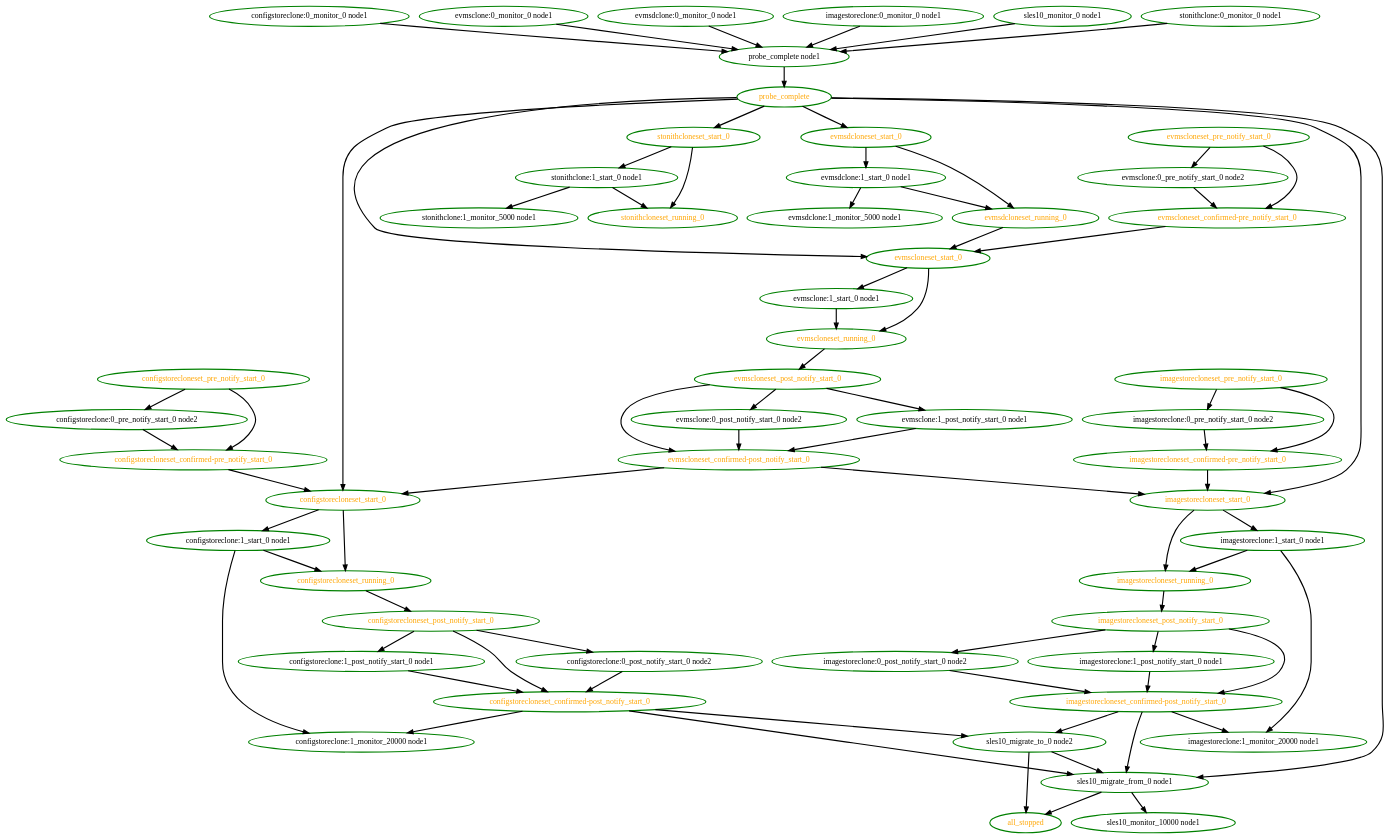
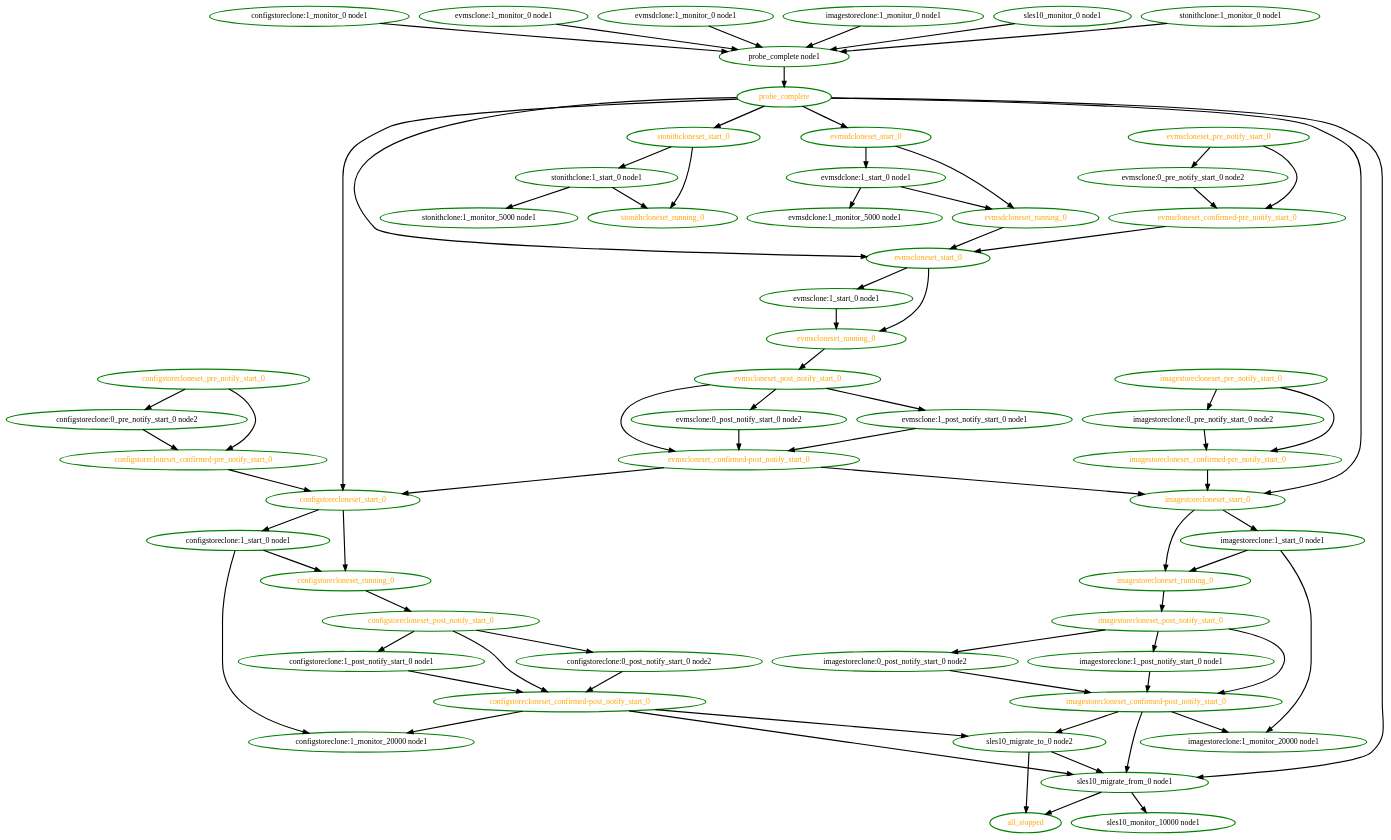
The diagram in pengine/testcases/novell-252693-2.dot (linux-ha-japan/pm_diskd), drawn with Graphviz before and after one commit. The commit also changed 183 other files, not shown here.

```diff
--- a/pengine/testcases/novell-252693-2.dot
+++ b/pengine/testcases/novell-252693-2.dot
@@ -1,129 +1,129 @@
  digraph "g" {
 "all_stopped" [ style=bold color="green" fontcolor="orange"  ]
-"configstoreclone:0_monitor_0 node1" -> "probe_complete node1" [ style = bold]
-"configstoreclone:0_monitor_0 node1" [ style=bold color="green" fontcolor="black"  ]
 "configstoreclone:0_post_notify_start_0 node2" -> "configstorecloneset_confirmed-post_notify_start_0" [ style = bold]
 "configstoreclone:0_post_notify_start_0 node2" [ style=bold color="green" fontcolor="black"  ]
 "configstoreclone:0_pre_notify_start_0 node2" -> "configstorecloneset_confirmed-pre_notify_start_0" [ style = bold]
 "configstoreclone:0_pre_notify_start_0 node2" [ style=bold color="green" fontcolor="black"  ]
+"configstoreclone:1_monitor_0 node1" -> "probe_complete node1" [ style = bold]
+"configstoreclone:1_monitor_0 node1" [ style=bold color="green" fontcolor="black"  ]
 "configstoreclone:1_monitor_20000 node1" [ style=bold color="green" fontcolor="black"  ]
 "configstoreclone:1_post_notify_start_0 node1" -> "configstorecloneset_confirmed-post_notify_start_0" [ style = bold]
 "configstoreclone:1_post_notify_start_0 node1" [ style=bold color="green" fontcolor="black"  ]
 "configstoreclone:1_start_0 node1" -> "configstoreclone:1_monitor_20000 node1" [ style = bold]
 "configstoreclone:1_start_0 node1" -> "configstorecloneset_running_0" [ style = bold]
 "configstoreclone:1_start_0 node1" [ style=bold color="green" fontcolor="black"  ]
 "configstorecloneset_confirmed-post_notify_start_0" -> "configstoreclone:1_monitor_20000 node1" [ style = bold]
 "configstorecloneset_confirmed-post_notify_start_0" -> "sles10_migrate_from_0 node1" [ style = bold]
 "configstorecloneset_confirmed-post_notify_start_0" -> "sles10_migrate_to_0 node2" [ style = bold]
 "configstorecloneset_confirmed-post_notify_start_0" [ style=bold color="green" fontcolor="orange"  ]
 "configstorecloneset_confirmed-pre_notify_start_0" -> "configstorecloneset_start_0" [ style = bold]
 "configstorecloneset_confirmed-pre_notify_start_0" [ style=bold color="green" fontcolor="orange"  ]
 "configstorecloneset_post_notify_start_0" -> "configstoreclone:0_post_notify_start_0 node2" [ style = bold]
 "configstorecloneset_post_notify_start_0" -> "configstoreclone:1_post_notify_start_0 node1" [ style = bold]
 "configstorecloneset_post_notify_start_0" -> "configstorecloneset_confirmed-post_notify_start_0" [ style = bold]
 "configstorecloneset_post_notify_start_0" [ style=bold color="green" fontcolor="orange"  ]
 "configstorecloneset_pre_notify_start_0" -> "configstoreclone:0_pre_notify_start_0 node2" [ style = bold]
 "configstorecloneset_pre_notify_start_0" -> "configstorecloneset_confirmed-pre_notify_start_0" [ style = bold]
 "configstorecloneset_pre_notify_start_0" [ style=bold color="green" fontcolor="orange"  ]
 "configstorecloneset_running_0" -> "configstorecloneset_post_notify_start_0" [ style = bold]
 "configstorecloneset_running_0" [ style=bold color="green" fontcolor="orange"  ]
 "configstorecloneset_start_0" -> "configstoreclone:1_start_0 node1" [ style = bold]
 "configstorecloneset_start_0" -> "configstorecloneset_running_0" [ style = bold]
 "configstorecloneset_start_0" [ style=bold color="green" fontcolor="orange"  ]
-"evmsclone:0_monitor_0 node1" -> "probe_complete node1" [ style = bold]
-"evmsclone:0_monitor_0 node1" [ style=bold color="green" fontcolor="black"  ]
 "evmsclone:0_post_notify_start_0 node2" -> "evmscloneset_confirmed-post_notify_start_0" [ style = bold]
 "evmsclone:0_post_notify_start_0 node2" [ style=bold color="green" fontcolor="black"  ]
 "evmsclone:0_pre_notify_start_0 node2" -> "evmscloneset_confirmed-pre_notify_start_0" [ style = bold]
 "evmsclone:0_pre_notify_start_0 node2" [ style=bold color="green" fontcolor="black"  ]
+"evmsclone:1_monitor_0 node1" -> "probe_complete node1" [ style = bold]
+"evmsclone:1_monitor_0 node1" [ style=bold color="green" fontcolor="black"  ]
 "evmsclone:1_post_notify_start_0 node1" -> "evmscloneset_confirmed-post_notify_start_0" [ style = bold]
 "evmsclone:1_post_notify_start_0 node1" [ style=bold color="green" fontcolor="black"  ]
 "evmsclone:1_start_0 node1" -> "evmscloneset_running_0" [ style = bold]
 "evmsclone:1_start_0 node1" [ style=bold color="green" fontcolor="black"  ]
 "evmscloneset_confirmed-post_notify_start_0" -> "configstorecloneset_start_0" [ style = bold]
 "evmscloneset_confirmed-post_notify_start_0" -> "imagestorecloneset_start_0" [ style = bold]
 "evmscloneset_confirmed-post_notify_start_0" [ style=bold color="green" fontcolor="orange"  ]
 "evmscloneset_confirmed-pre_notify_start_0" -> "evmscloneset_start_0" [ style = bold]
 "evmscloneset_confirmed-pre_notify_start_0" [ style=bold color="green" fontcolor="orange"  ]
 "evmscloneset_post_notify_start_0" -> "evmsclone:0_post_notify_start_0 node2" [ style = bold]
 "evmscloneset_post_notify_start_0" -> "evmsclone:1_post_notify_start_0 node1" [ style = bold]
 "evmscloneset_post_notify_start_0" -> "evmscloneset_confirmed-post_notify_start_0" [ style = bold]
 "evmscloneset_post_notify_start_0" [ style=bold color="green" fontcolor="orange"  ]
 "evmscloneset_pre_notify_start_0" -> "evmsclone:0_pre_notify_start_0 node2" [ style = bold]
 "evmscloneset_pre_notify_start_0" -> "evmscloneset_confirmed-pre_notify_start_0" [ style = bold]
 "evmscloneset_pre_notify_start_0" [ style=bold color="green" fontcolor="orange"  ]
 "evmscloneset_running_0" -> "evmscloneset_post_notify_start_0" [ style = bold]
 "evmscloneset_running_0" [ style=bold color="green" fontcolor="orange"  ]
 "evmscloneset_start_0" -> "evmsclone:1_start_0 node1" [ style = bold]
 "evmscloneset_start_0" -> "evmscloneset_running_0" [ style = bold]
 "evmscloneset_start_0" [ style=bold color="green" fontcolor="orange"  ]
-"evmsdclone:0_monitor_0 node1" -> "probe_complete node1" [ style = bold]
-"evmsdclone:0_monitor_0 node1" [ style=bold color="green" fontcolor="black"  ]
+"evmsdclone:1_monitor_0 node1" -> "probe_complete node1" [ style = bold]
+"evmsdclone:1_monitor_0 node1" [ style=bold color="green" fontcolor="black"  ]
 "evmsdclone:1_monitor_5000 node1" [ style=bold color="green" fontcolor="black"  ]
 "evmsdclone:1_start_0 node1" -> "evmsdclone:1_monitor_5000 node1" [ style = bold]
 "evmsdclone:1_start_0 node1" -> "evmsdcloneset_running_0" [ style = bold]
 "evmsdclone:1_start_0 node1" [ style=bold color="green" fontcolor="black"  ]
 "evmsdcloneset_running_0" -> "evmscloneset_start_0" [ style = bold]
 "evmsdcloneset_running_0" [ style=bold color="green" fontcolor="orange"  ]
 "evmsdcloneset_start_0" -> "evmsdclone:1_start_0 node1" [ style = bold]
 "evmsdcloneset_start_0" -> "evmsdcloneset_running_0" [ style = bold]
 "evmsdcloneset_start_0" [ style=bold color="green" fontcolor="orange"  ]
-"imagestoreclone:0_monitor_0 node1" -> "probe_complete node1" [ style = bold]
-"imagestoreclone:0_monitor_0 node1" [ style=bold color="green" fontcolor="black"  ]
 "imagestoreclone:0_post_notify_start_0 node2" -> "imagestorecloneset_confirmed-post_notify_start_0" [ style = bold]
 "imagestoreclone:0_post_notify_start_0 node2" [ style=bold color="green" fontcolor="black"  ]
 "imagestoreclone:0_pre_notify_start_0 node2" -> "imagestorecloneset_confirmed-pre_notify_start_0" [ style = bold]
 "imagestoreclone:0_pre_notify_start_0 node2" [ style=bold color="green" fontcolor="black"  ]
+"imagestoreclone:1_monitor_0 node1" -> "probe_complete node1" [ style = bold]
+"imagestoreclone:1_monitor_0 node1" [ style=bold color="green" fontcolor="black"  ]
 "imagestoreclone:1_monitor_20000 node1" [ style=bold color="green" fontcolor="black"  ]
 "imagestoreclone:1_post_notify_start_0 node1" -> "imagestorecloneset_confirmed-post_notify_start_0" [ style = bold]
 "imagestoreclone:1_post_notify_start_0 node1" [ style=bold color="green" fontcolor="black"  ]
 "imagestoreclone:1_start_0 node1" -> "imagestoreclone:1_monitor_20000 node1" [ style = bold]
 "imagestoreclone:1_start_0 node1" -> "imagestorecloneset_running_0" [ style = bold]
 "imagestoreclone:1_start_0 node1" [ style=bold color="green" fontcolor="black"  ]
 "imagestorecloneset_confirmed-post_notify_start_0" -> "imagestoreclone:1_monitor_20000 node1" [ style = bold]
 "imagestorecloneset_confirmed-post_notify_start_0" -> "sles10_migrate_from_0 node1" [ style = bold]
 "imagestorecloneset_confirmed-post_notify_start_0" -> "sles10_migrate_to_0 node2" [ style = bold]
 "imagestorecloneset_confirmed-post_notify_start_0" [ style=bold color="green" fontcolor="orange"  ]
 "imagestorecloneset_confirmed-pre_notify_start_0" -> "imagestorecloneset_start_0" [ style = bold]
 "imagestorecloneset_confirmed-pre_notify_start_0" [ style=bold color="green" fontcolor="orange"  ]
 "imagestorecloneset_post_notify_start_0" -> "imagestoreclone:0_post_notify_start_0 node2" [ style = bold]
 "imagestorecloneset_post_notify_start_0" -> "imagestoreclone:1_post_notify_start_0 node1" [ style = bold]
 "imagestorecloneset_post_notify_start_0" -> "imagestorecloneset_confirmed-post_notify_start_0" [ style = bold]
 "imagestorecloneset_post_notify_start_0" [ style=bold color="green" fontcolor="orange"  ]
 "imagestorecloneset_pre_notify_start_0" -> "imagestoreclone:0_pre_notify_start_0 node2" [ style = bold]
 "imagestorecloneset_pre_notify_start_0" -> "imagestorecloneset_confirmed-pre_notify_start_0" [ style = bold]
 "imagestorecloneset_pre_notify_start_0" [ style=bold color="green" fontcolor="orange"  ]
 "imagestorecloneset_running_0" -> "imagestorecloneset_post_notify_start_0" [ style = bold]
 "imagestorecloneset_running_0" [ style=bold color="green" fontcolor="orange"  ]
 "imagestorecloneset_start_0" -> "imagestoreclone:1_start_0 node1" [ style = bold]
 "imagestorecloneset_start_0" -> "imagestorecloneset_running_0" [ style = bold]
 "imagestorecloneset_start_0" [ style=bold color="green" fontcolor="orange"  ]
 "probe_complete node1" -> "probe_complete" [ style = bold]
 "probe_complete node1" [ style=bold color="green" fontcolor="black"  ]
 "probe_complete" -> "configstorecloneset_start_0" [ style = bold]
 "probe_complete" -> "evmscloneset_start_0" [ style = bold]
 "probe_complete" -> "evmsdcloneset_start_0" [ style = bold]
 "probe_complete" -> "imagestorecloneset_start_0" [ style = bold]
 "probe_complete" -> "sles10_migrate_from_0 node1" [ style = bold]
 "probe_complete" -> "stonithcloneset_start_0" [ style = bold]
 "probe_complete" [ style=bold color="green" fontcolor="orange"  ]
 "sles10_migrate_from_0 node1" -> "all_stopped" [ style = bold]
 "sles10_migrate_from_0 node1" -> "sles10_monitor_10000 node1" [ style = bold]
 "sles10_migrate_from_0 node1" [ style=bold color="green" fontcolor="black"  ]
 "sles10_migrate_to_0 node2" -> "all_stopped" [ style = bold]
 "sles10_migrate_to_0 node2" -> "sles10_migrate_from_0 node1" [ style = bold]
 "sles10_migrate_to_0 node2" [ style=bold color="green" fontcolor="black"  ]
 "sles10_monitor_0 node1" -> "probe_complete node1" [ style = bold]
 "sles10_monitor_0 node1" [ style=bold color="green" fontcolor="black"  ]
 "sles10_monitor_10000 node1" [ style=bold color="green" fontcolor="black"  ]
-"stonithclone:0_monitor_0 node1" -> "probe_complete node1" [ style = bold]
-"stonithclone:0_monitor_0 node1" [ style=bold color="green" fontcolor="black"  ]
+"stonithclone:1_monitor_0 node1" -> "probe_complete node1" [ style = bold]
+"stonithclone:1_monitor_0 node1" [ style=bold color="green" fontcolor="black"  ]
 "stonithclone:1_monitor_5000 node1" [ style=bold color="green" fontcolor="black"  ]
 "stonithclone:1_start_0 node1" -> "stonithclone:1_monitor_5000 node1" [ style = bold]
 "stonithclone:1_start_0 node1" -> "stonithcloneset_running_0" [ style = bold]
 "stonithclone:1_start_0 node1" [ style=bold color="green" fontcolor="black"  ]
 "stonithcloneset_running_0" [ style=bold color="green" fontcolor="orange"  ]
 "stonithcloneset_start_0" -> "stonithclone:1_start_0 node1" [ style = bold]
 "stonithcloneset_start_0" -> "stonithcloneset_running_0" [ style = bold]
 "stonithcloneset_start_0" [ style=bold color="green" fontcolor="orange"  ]
 }
```
